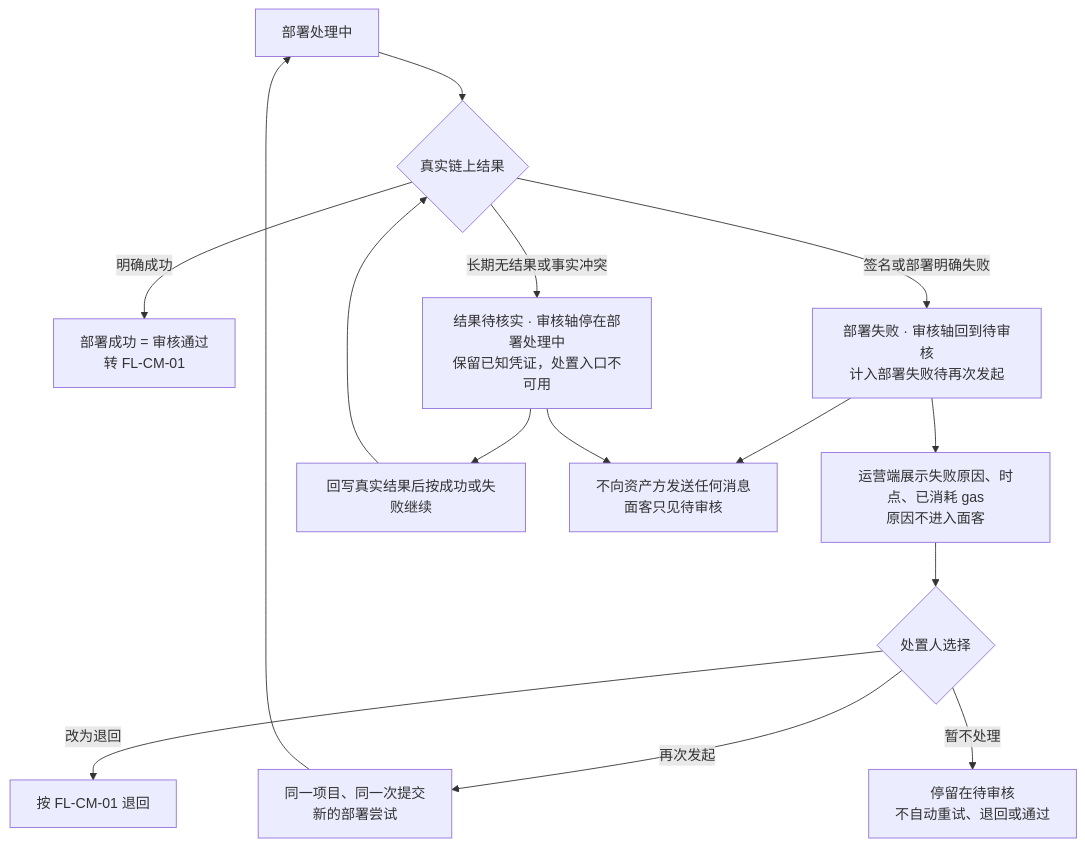
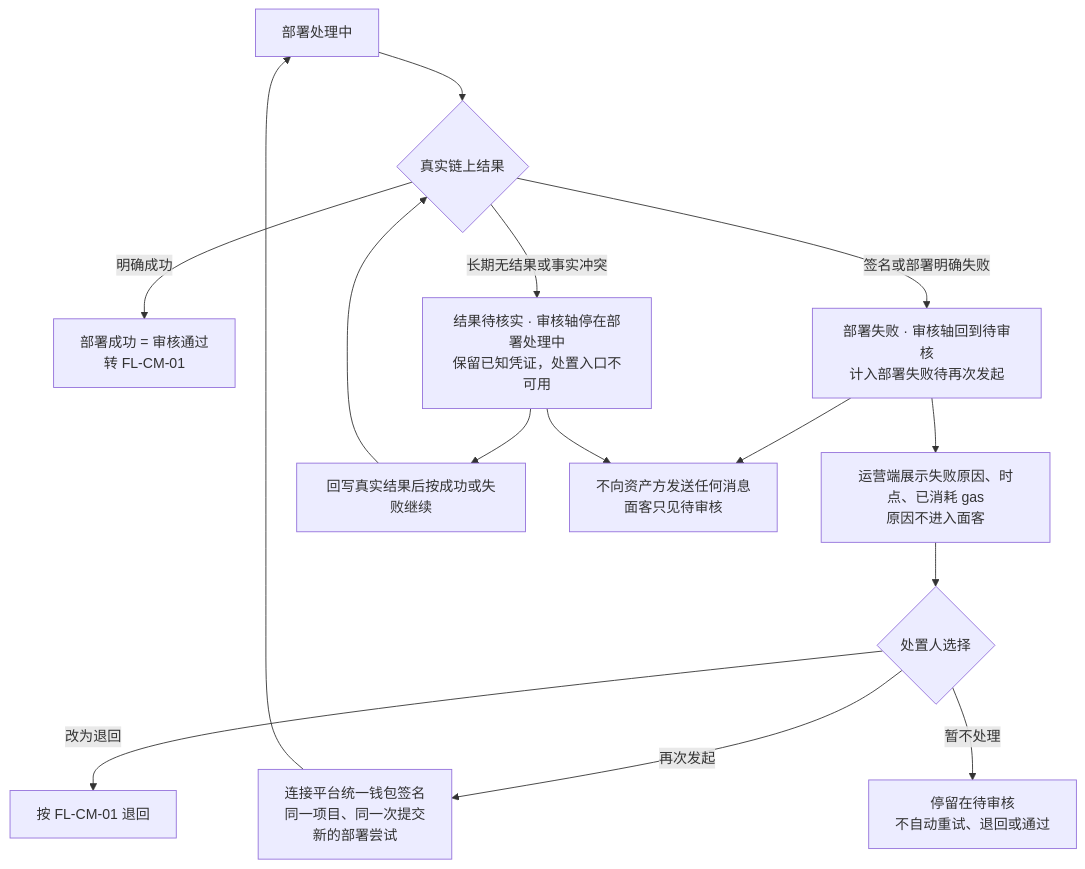
Before and after one commit to wxblockchain/Chain-Financing: the second of 5 diagrams in lending-platform/PRD/运营端/04-运营端项目合约管理/02-运营端项目合约管理-流程图与状态机.md, drawn with Mermaid. The commit also changed other lines of this file and 10 other files, not shown here.

````diff
--- a/lending-platform/PRD/运营端/04-运营端项目合约管理/02-运营端项目合约管理-流程图与状态机.md
+++ b/lending-platform/PRD/运营端/04-运营端项目合约管理/02-运营端项目合约管理-流程图与状态机.md
@@ -51,17 +53,17 @@
 ```mermaid
 flowchart TD
   A["部署处理中"] --> B{"真实链上结果"}
   B -- "明确成功" --> E["部署成功 = 审核通过<br/>转 FL-CM-01"]
   B -- "签名或部署明确失败" --> C["部署失败 · 审核轴回到待审核<br/>计入部署失败待再次发起"]
   B -- "长期无结果或事实冲突" --> D["结果待核实 · 审核轴停在部署处理中<br/>保留已知凭证，处置入口不可用"]
   C --> C1["运营端展示失败原因、时点、已消耗 gas<br/>原因不进入面客"]
   C1 --> C2{"处置人选择"}
-  C2 -- "再次发起" --> C3["同一项目、同一次提交<br/>新的部署尝试"]
+  C2 -- "再次发起" --> C3["连接平台统一钱包签名<br/>同一项目、同一次提交<br/>新的部署尝试"]
   C3 --> A
   C2 -- "改为退回" --> R["按 FL-CM-01 退回"]
   C2 -- "暂不处理" --> C4["停留在待审核<br/>不自动重试、退回或通过"]
   D --> D2["回写真实结果后按成功或失败继续"]
   D2 --> B
   C --> X["不向资产方发送任何消息<br/>面客只见待审核"]
   D --> X
 ```
````
